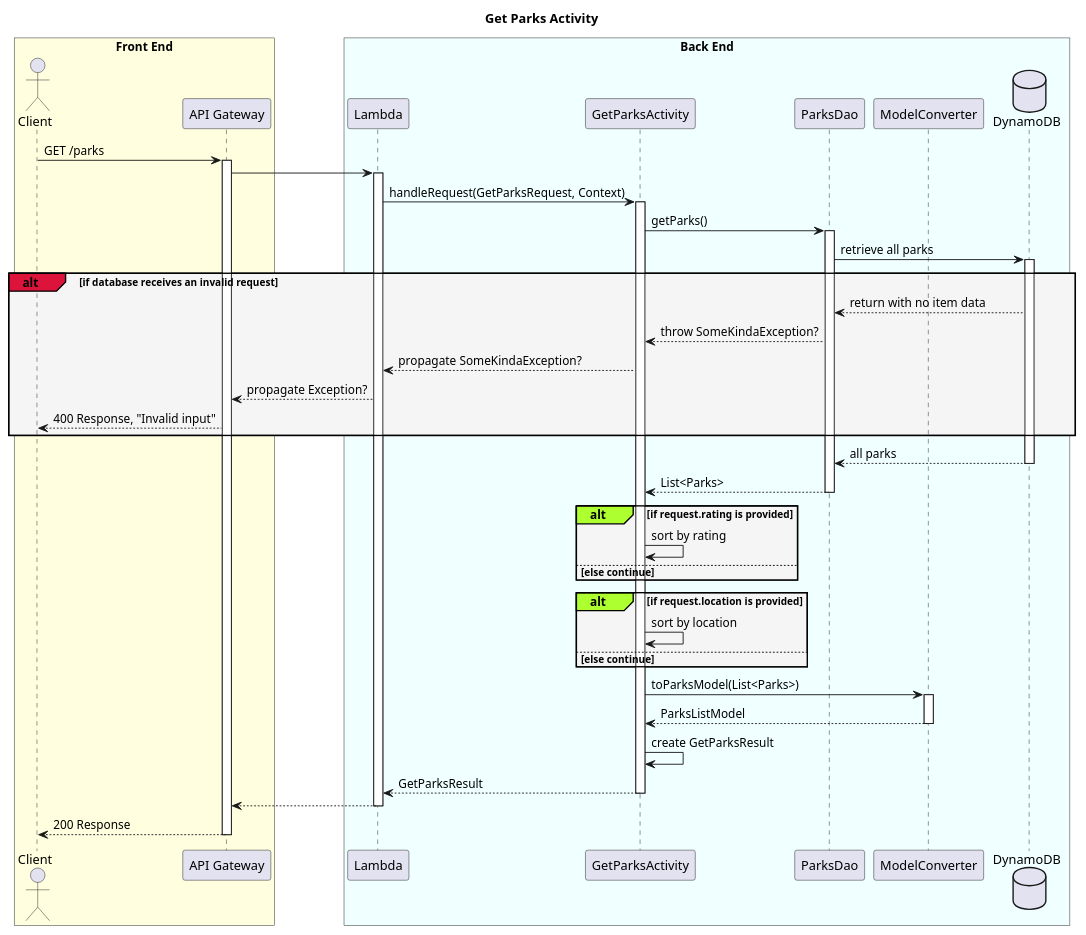
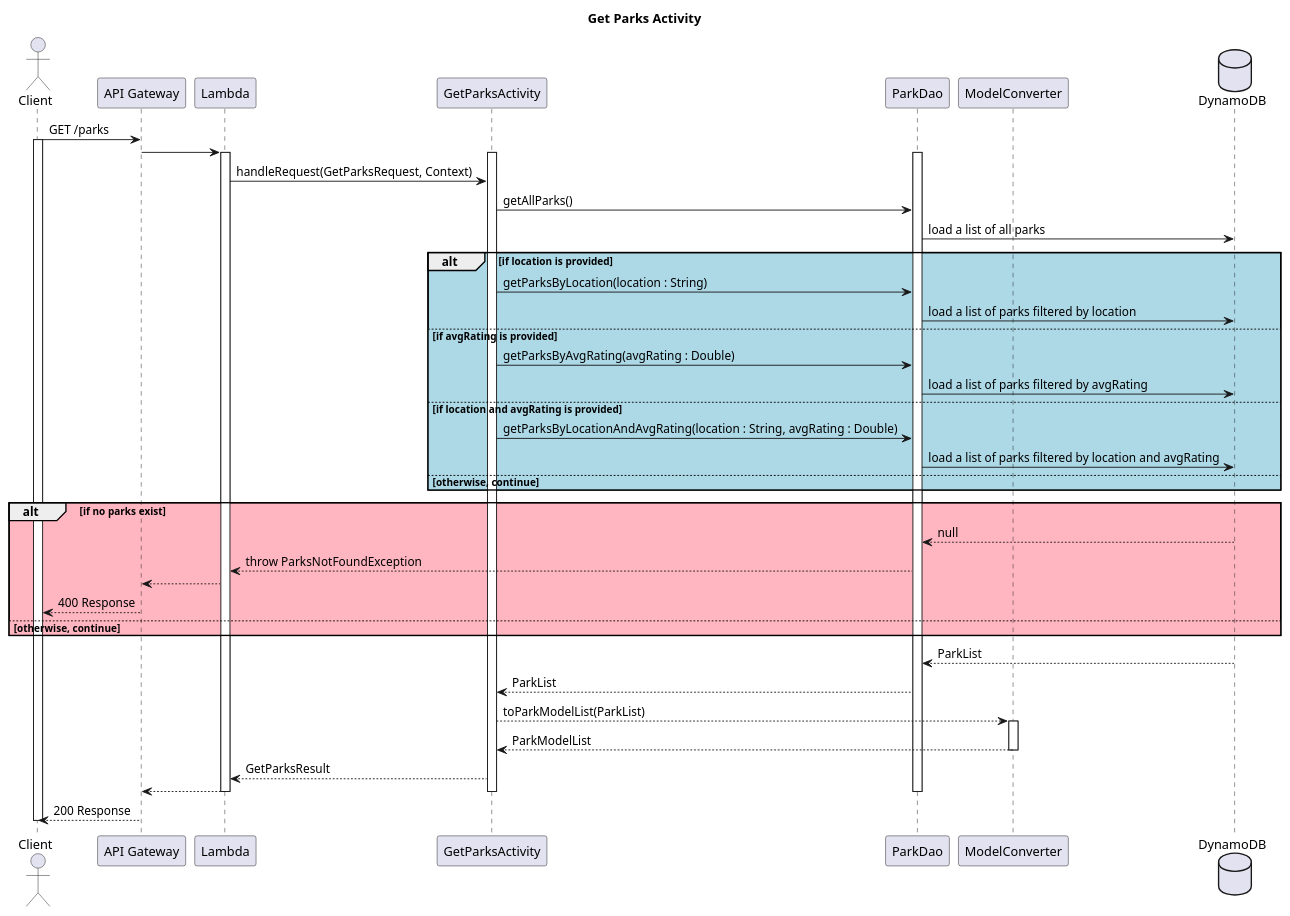
One commit to Mattheus85/BarkPark changed the diagram in bark_park_app/resources/diagrams/get-parks-activity.puml. Above: the diagram before and after it, drawn with PlantUML. The commit also changed 1 other file, not shown here.

Commit message:
Refactored get-parks-activity.puml and added get-parks-activity-SD.png

```diff
--- a/bark_park_app/resources/diagrams/get-parks-activity.puml
+++ b/bark_park_app/resources/diagrams/get-parks-activity.puml
@@ -1,51 +1,56 @@
 @startuml
 title Get Parks Activity
-skinparam BoxPadding 30
 
-box "Front End" #lightyellow
 actor Client
 participant "API Gateway" as APIGateway
-end box
-
-box "Back End" #azure
 participant Lambda
 participant GetParksActivity
-participant ParksDao
+participant ParkDao
 participant ModelConverter
 database DynamoDB
-end box
 
-Client -> APIGateway ++: GET /parks
-APIGateway -> Lambda ++
-Lambda -> GetParksActivity ++:  handleRequest(GetParksRequest, Context)
-GetParksActivity -> ParksDao ++ : getParks()
-ParksDao -> DynamoDB ++: retrieve all parks
+Client -> APIGateway : GET /parks
+activate Client
+APIGateway -> Lambda
+activate Lambda
+activate GetParksActivity
+activate ParkDao
+Lambda -> GetParksActivity : handleRequest(GetParksRequest, Context)
+GetParksActivity -> ParkDao : getAllParks()
+ParkDao -> DynamoDB : load a list of all parks
 
-alt#crimson #whitesmoke if database receives an invalid request
-    ParksDao <-- DynamoDB : return with no item data
-    GetParksActivity <-- ParksDao : throw SomeKindaException?
-    Lambda <-- GetParksActivity : propagate SomeKindaException?
-    APIGateway <-- Lambda : propagate Exception?
-    Client <-- APIGateway : 400 Response, "Invalid input"
+alt #lightblue if location is provided
+    GetParksActivity -> ParkDao : getParksByLocation(location : String)
+    ParkDao -> DynamoDB : load a list of parks filtered by location
+    else if avgRating is provided
+    GetParksActivity -> ParkDao : getParksByAvgRating(avgRating : Double)
+    ParkDao -> DynamoDB : load a list of parks filtered by avgRating
+    else if location and avgRating is provided
+    GetParksActivity -> ParkDao : getParksByLocationAndAvgRating(location : String, avgRating : Double)
+    ParkDao -> DynamoDB : load a list of parks filtered by location and avgRating
+    else otherwise, continue
 end
 
-ParksDao <-- DynamoDB --: all parks
-GetParksActivity <-- ParksDao --: List<Parks>
-
-alt#greenyellow #whitesmoke if request.rating is provided
-    GetParksActivity -> GetParksActivity : sort by rating
-    else else continue
-end
-alt#greenyellow #whitesmoke if request.location is provided
-    GetParksActivity -> GetParksActivity : sort by location
-    else else continue
+alt #lightpink if no parks exist
+    ParkDao <-- DynamoDB : null
+    Lambda <-- ParkDao : throw ParksNotFoundException
+    APIGateway <-- Lambda
+    Client <-- APIGateway : 400 Response
+    else otherwise, continue
 end
 
-GetParksActivity -> ModelConverter ++: toParksModel(List<Parks>)
-GetParksActivity <-- ModelConverter --: ParksListModel
-GetParksActivity -> GetParksActivity : create GetParksResult
-Lambda <-- GetParksActivity --: GetParksResult
-APIGateway <-- Lambda --
-Client <-- APIGateway --: 200 Response
+ParkDao <-- DynamoDB : ParkList
+GetParksActivity <-- ParkDao : ParkList
+GetParksActivity --> ModelConverter : toParkModelList(ParkList)
+activate ModelConverter
+GetParksActivity <-- ModelConverter : ParkModelList
+deactivate ModelConverter
+Lambda <-- GetParksActivity : GetParksResult
+APIGateway <-- Lambda
+deactivate ParkDao
+deactivate GetParksActivity
+deactivate Lambda
+Client <-- APIGateway : 200 Response
+deactivate Client
 
 @enduml
```
